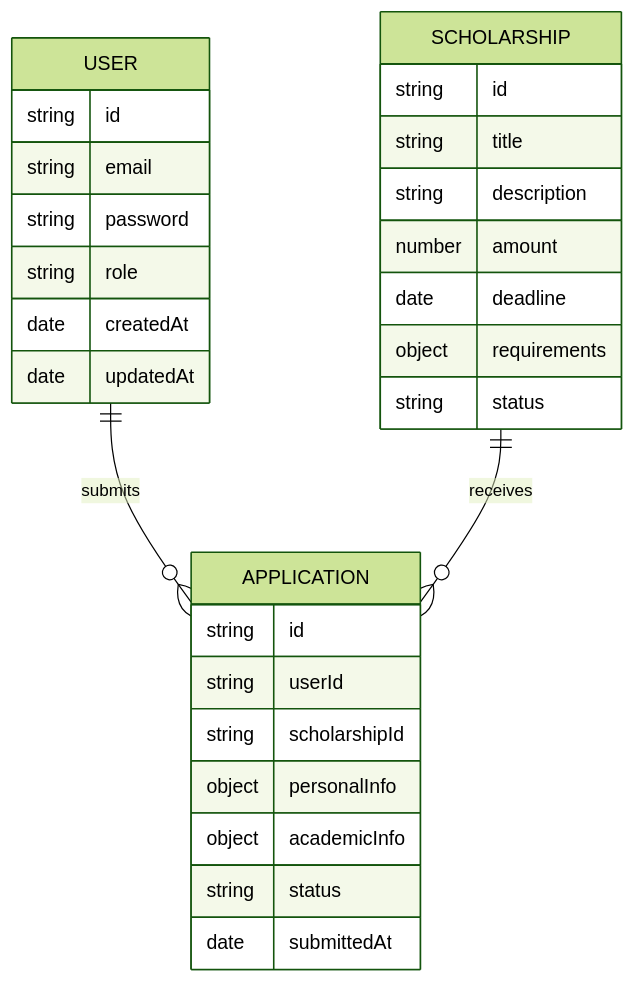
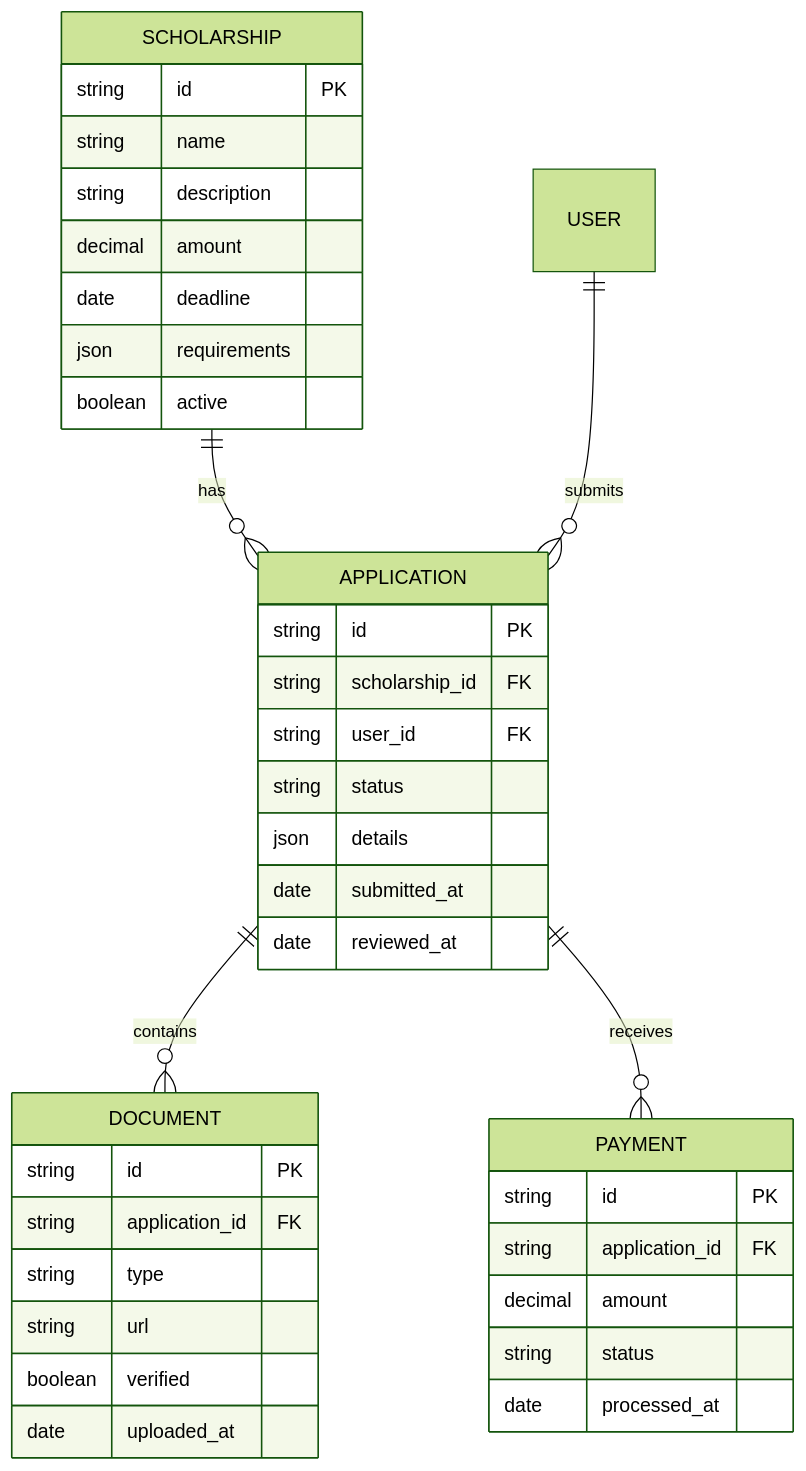
Before and after one commit to charankandukuri-52/The-Student-Voice: the sixth of 6 diagrams in README.md, drawn with Mermaid (forest theme). The commit also changed other lines of this file, not shown here.

````diff
--- a/README.md
+++ b/README.md
@@ -59,31 +179,44 @@
 ```mermaid
 erDiagram
+    SCHOLARSHIP ||--o{ APPLICATION : has
+    APPLICATION ||--o{ DOCUMENT : contains
+    APPLICATION ||--o{ PAYMENT : receives
     USER ||--o{ APPLICATION : submits
-    USER {
-        string id
-        string email
-        string password
-        string role
-        date createdAt
-        date updatedAt
+    
+    SCHOLARSHIP {
+        string id PK
+        string name
+        string description
+        decimal amount
+        date deadline
+        json requirements
+        boolean active
     }
-    SCHOLARSHIP ||--o{ APPLICATION : receives
-    SCHOLARSHIP {
-        string id
-        string title
-        string description
-        number amount
-        date deadline
-        object requirements
+    
+    APPLICATION {
+        string id PK
+        string scholarship_id FK
+        string user_id FK
         string status
+        json details
+        date submitted_at
+        date reviewed_at
     }
-    APPLICATION {
-        string id
-        string userId
-        string scholarshipId
-        object personalInfo
-        object academicInfo
+    
+    DOCUMENT {
+        string id PK
+        string application_id FK
+        string type
+        string url
+        boolean verified
+        date uploaded_at
+    }
+    
+    PAYMENT {
+        string id PK
+        string application_id FK
+        decimal amount
         string status
-        date submittedAt
+        date processed_at
     }
 ```
````
